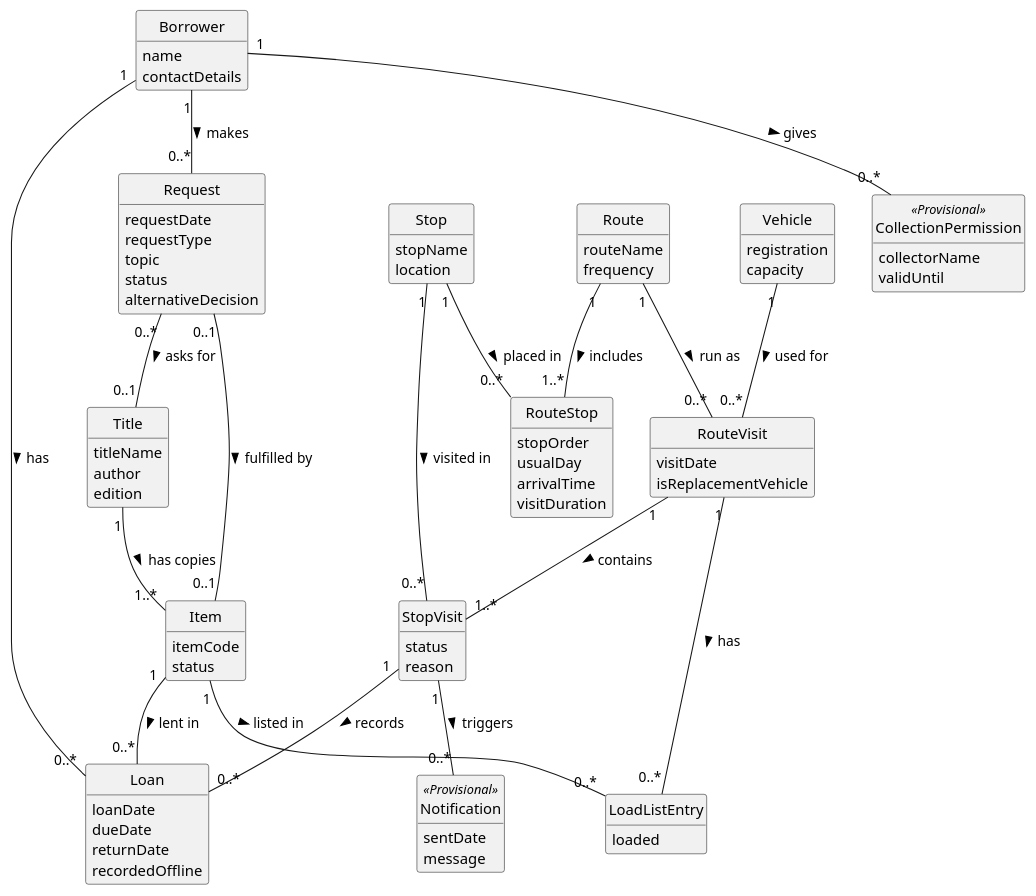
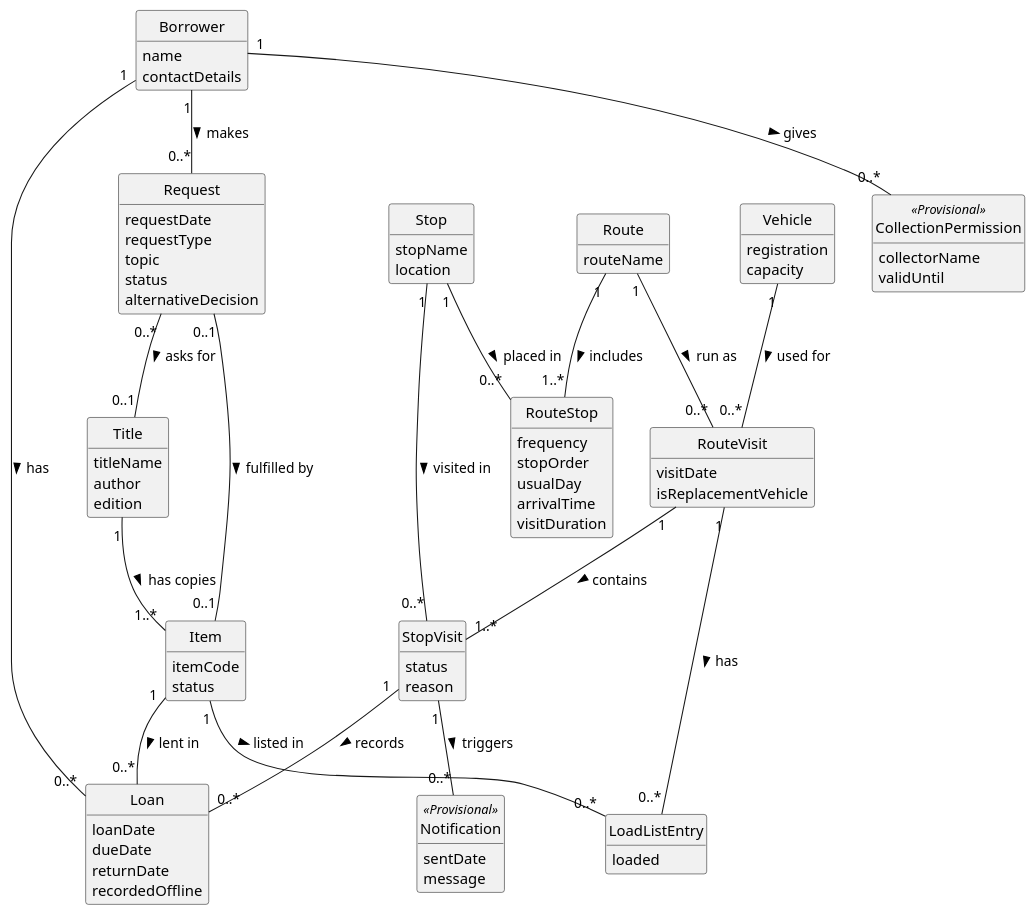
One commit to EoinMannix/OOAD-ca1-analysis changed the diagram in diagrams/domain-model.puml. Above: the diagram before and after it, drawn with PlantUML. The commit also changed other lines of this file and 10 other files, not shown here.

```diff
--- a/diagrams/domain-model.puml
+++ b/diagrams/domain-model.puml
@@ -1,101 +1,101 @@
 @startuml
 hide circle
 hide methods
 skinparam ClassAttributeIconSize 0
 
 class Borrower {
     name
     contactDetails
 }
 
 class Title {
     titleName 
     author
     edition
 }
 
 class Item {
     itemCode
     status
 }
 
 class Request {
     requestDate
     requestType
     topic
     status
     alternativeDecision
 }
 
 class Loan {
     loanDate
     dueDate
     returnDate
     recordedOffline     
 }
 
 class Route {
     routeName
-    frequency
 }
 
 class Stop {
     stopName
     location
 }
 
 class RouteStop {
+    frequency
     stopOrder
     usualDay
     arrivalTime
     visitDuration
 }
 
 class RouteVisit {
     visitDate
     isReplacementVehicle
 }
 
  class StopVisit {
     status
     reason
  }
 
  class Vehicle {
     registration
     capacity
  }
 
  class LoadListEntry {
     loaded
  }
 
  class CollectionPermission <<Provisional>> {
     collectorName
     validUntil
  }
 
  class Notification <<Provisional>> {
     sentDate
     message
  }
 
 Borrower "1" -- "0..*" Request : makes >
 Borrower "1" -- "0..*" Loan : has >
 Borrower "1" -- "0..*" CollectionPermission : gives >
 Title "1" -- "1..*" Item : has copies >
 Request "0..*" -- "0..1" Title : asks for >
 Request "0..1" -- "0..1" Item : fulfilled by >
 Item "1" -- "0..*" Loan : lent in >
 Route "1" -- "1..*" RouteStop : includes >
 Stop "1" -- "0..*" RouteStop : placed in >
 Route "1" -- "0..*" RouteVisit : run as >
 Vehicle "1" -- "0..*" RouteVisit : used for >
 RouteVisit "1" -- "1..*" StopVisit : contains >
 Stop "1" -- "0..*" StopVisit : visited in >
 RouteVisit "1" -- "0..*" LoadListEntry : has >
 Item "1" -- "0..*" LoadListEntry : listed in >
 StopVisit "1" -- "0..*" Loan : records >
 StopVisit "1" -- "0..*" Notification : triggers > 
 
 @enduml
```
